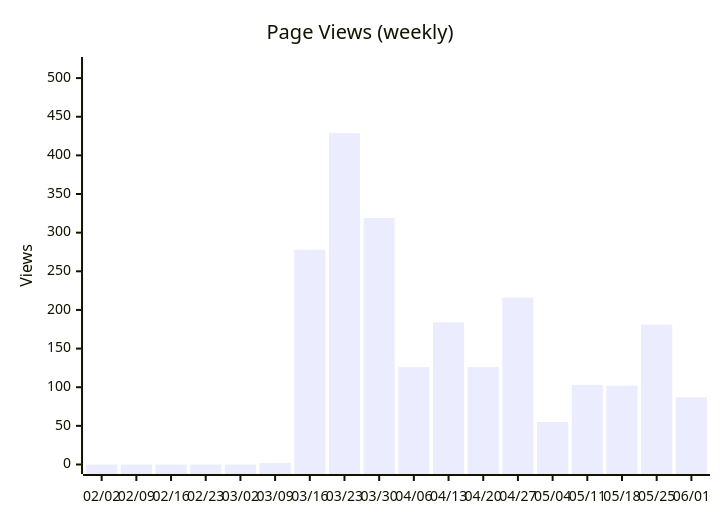
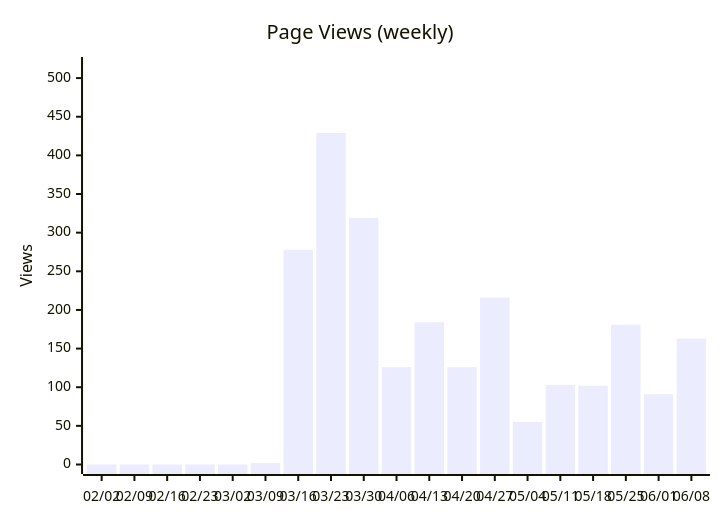
One commit to nablarch/nabledge-dev changed diagram 12 of 14 in docs/metrics.md. Above: the diagram before and after it, drawn with Mermaid. The commit also changed other lines of this file and 2 other files, not shown here.

````diff
--- a/docs/metrics.md
+++ b/docs/metrics.md
@@ -161,7 +161,7 @@
 ```mermaid
 xychart-beta
   title "Page Views (weekly)"
-  x-axis ["02/02", "02/09", "02/16", "02/23", "03/02", "03/09", "03/16", "03/23", "03/30", "04/06", "04/13", "04/20", "04/27", "05/04", "05/11", "05/18", "05/25", "06/01"]
+  x-axis ["02/02", "02/09", "02/16", "02/23", "03/02", "03/09", "03/16", "03/23", "03/30", "04/06", "04/13", "04/20", "04/27", "05/04", "05/11", "05/18", "05/25", "06/01", "06/08"]
   y-axis "Views" 0 --> 515
-  bar [0, 0, 0, 0, 0, 2, 278, 429, 319, 126, 184, 126, 216, 55, 103, 102, 181, 87]
+  bar [0, 0, 0, 0, 0, 2, 278, 429, 319, 126, 184, 126, 216, 55, 103, 102, 181, 91, 163]
 ```
````
